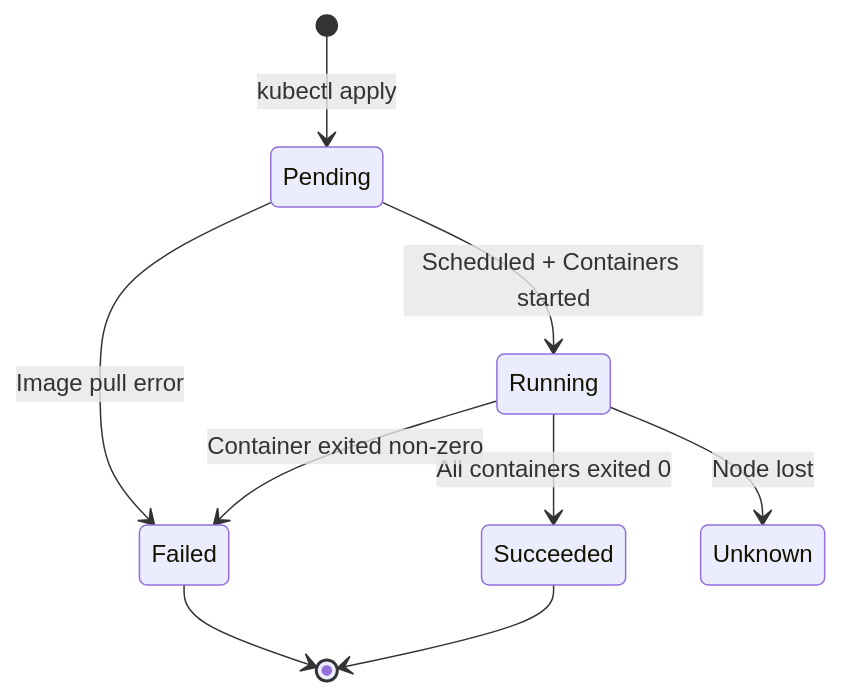
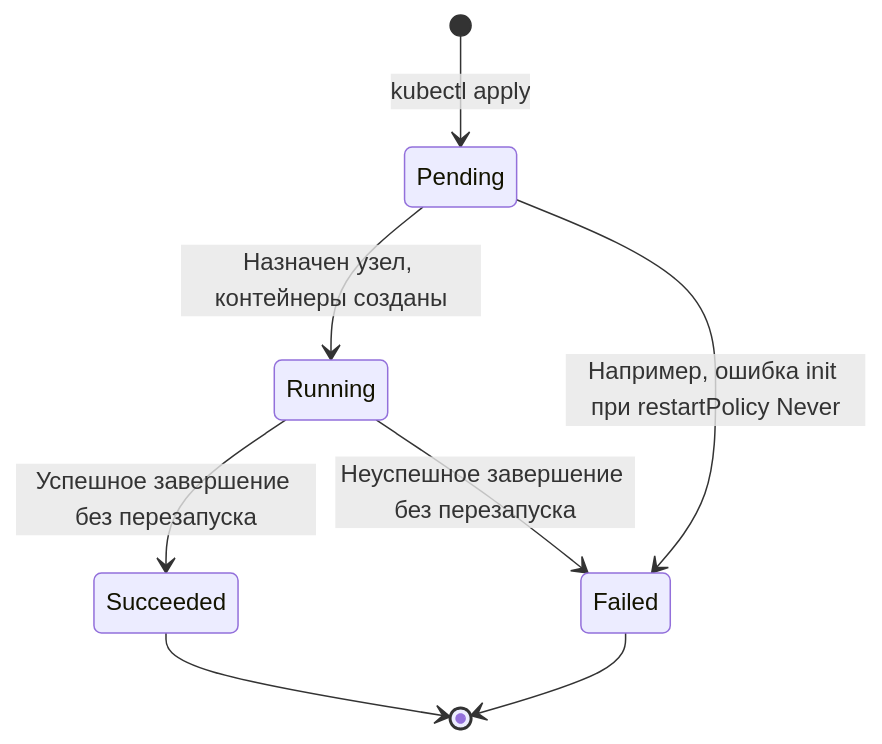
Before and after one commit to akeverus/cheat-sheet: the third of 10 diagrams in cheatsheets/interview/devops/kubernetes-interview.md, drawn with Mermaid. The commit also changed other lines of this file and 154 other files, not shown here.

````diff
--- a/cheatsheets/interview/devops/kubernetes-interview.md
+++ b/cheatsheets/interview/devops/kubernetes-interview.md
@@ -305,11 +309,10 @@
 ```mermaid
 stateDiagram-v2
     [*] --> Pending: kubectl apply
-    Pending --> Running: Scheduled + Containers started
-    Running --> Succeeded: All containers exited 0
-    Running --> Failed: Container exited non-zero
-    Pending --> Failed: Image pull error
-    Running --> Unknown: Node lost
+    Pending --> Running: Назначен узел, контейнеры созданы
+    Pending --> Failed: Например, ошибка init при restartPolicy Never
+    Running --> Succeeded: Успешное завершение без перезапуска
+    Running --> Failed: Неуспешное завершение без перезапуска
     Succeeded --> [*]
     Failed --> [*]
 ```
````
